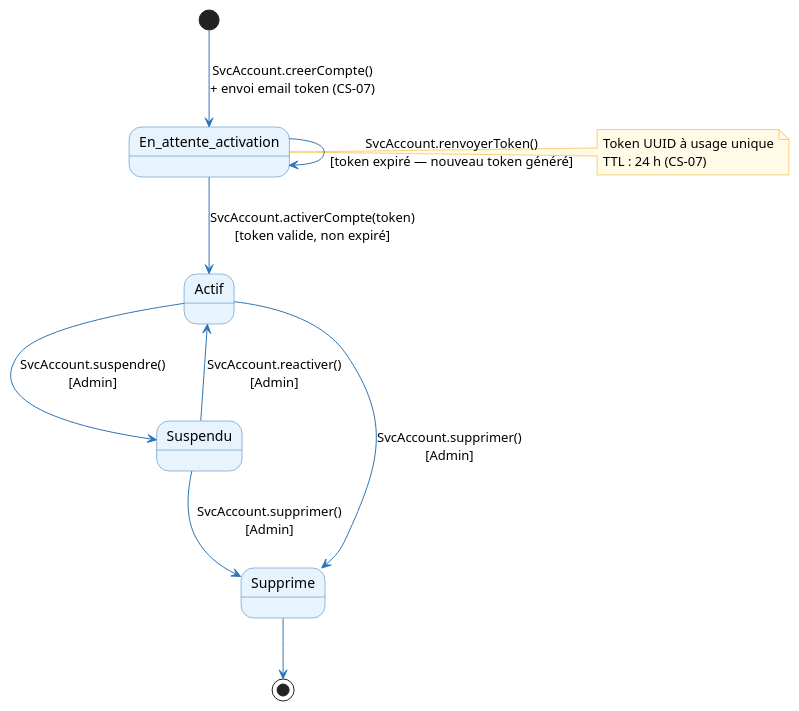
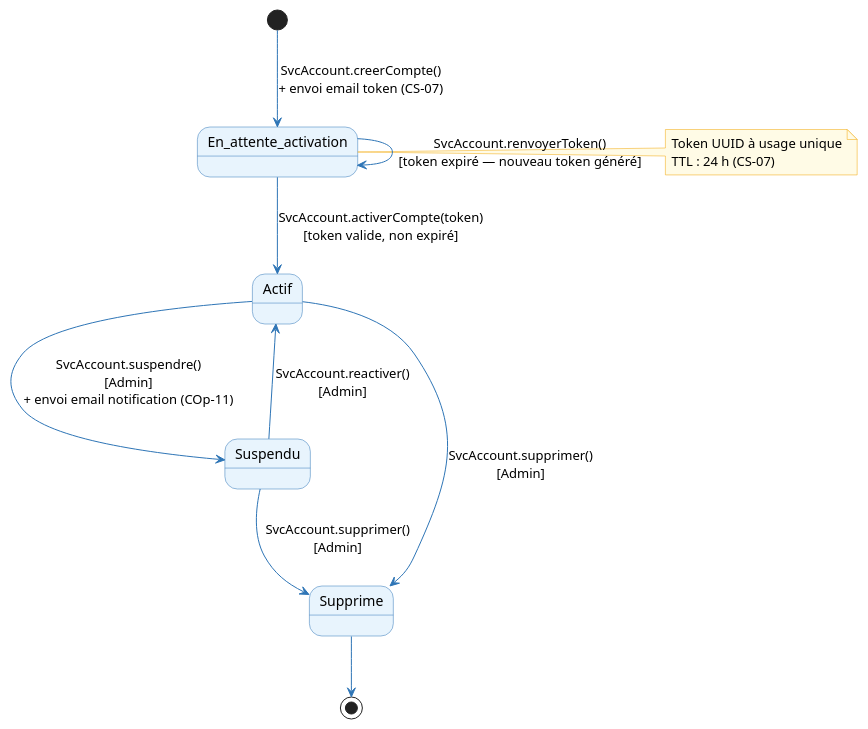
The sixth of 7 diagrams in architecture/03-logical-architecture/la.adoc (louistalvande/online_shop), drawn with PlantUML before and after one commit. The commit also changed 5 other files, not shown here.

First line of the commit message:
architecture: account-suspension notification email (COp-11)

```diff
--- a/architecture/03-logical-architecture/la.adoc
+++ b/architecture/03-logical-architecture/la.adoc
@@ -648,29 +648,29 @@
 [plantuml, la-states-compte, svg]
 ----
 skinparam stateBorderColor #2E75B6
 skinparam stateBackgroundColor #E8F4FD
 skinparam arrowColor #2E75B6
 skinparam noteBackgroundColor #FFFBE6
 skinparam noteBorderColor #F0A500
 
 [*] --> En_attente_activation : SvcAccount.creerCompte()\n+ envoi email token (CS-07)
 
 En_attente_activation --> Actif : SvcAccount.activerCompte(token)\n[token valide, non expiré]
 
 En_attente_activation --> En_attente_activation : SvcAccount.renvoyerToken()\n[token expiré — nouveau token généré]
 
-Actif --> Suspendu : SvcAccount.suspendre()\n[Admin]
+Actif --> Suspendu : SvcAccount.suspendre()\n[Admin]\n+ envoi email notification (COp-11)
 
 Suspendu --> Actif : SvcAccount.reactiver()\n[Admin]
 
 Suspendu --> Supprime : SvcAccount.supprimer()\n[Admin]
 
 Actif --> Supprime : SvcAccount.supprimer()\n[Admin]
 
 Supprime --> [*]
 
 note right of En_attente_activation
   Token UUID à usage unique
   TTL : 24 h (CS-07)
 end note
 ----
```
